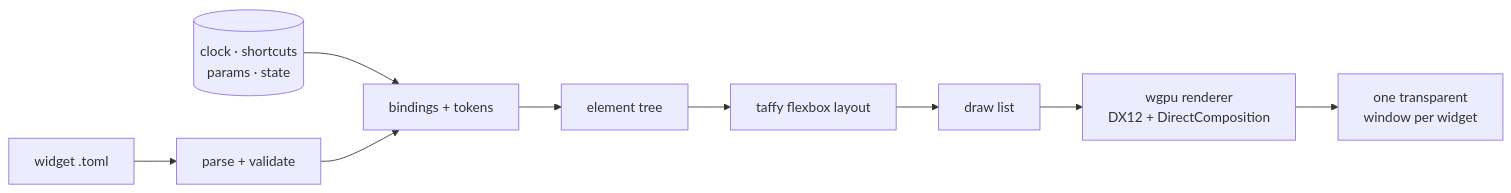
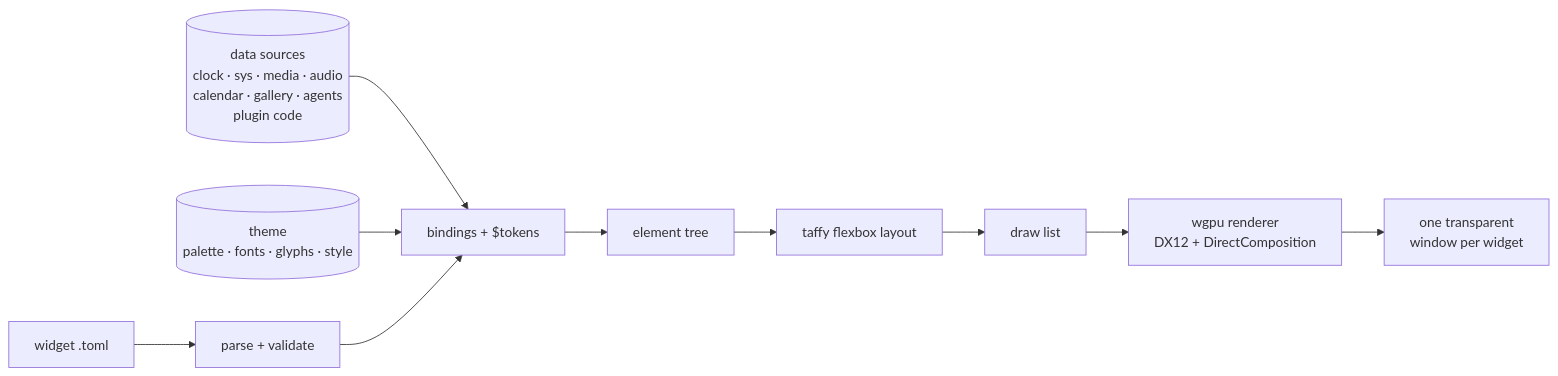
Before and after one commit to mzak-dev/desktopWidgets: the seventh of 8 diagrams in README.md, drawn with Mermaid. The commit also changed other lines of this file and 12 other files, not shown here.

First line of the commit message:
docs: rework the readme with screenshots and diagrams

````diff
--- a/README.md
+++ b/README.md
@@ -295,11 +439,12 @@
 ```mermaid
 flowchart LR
     T["widget .toml"] --> P["parse + validate"]
-    D[("clock · shortcuts<br/>params · state")] --> B["bindings + tokens"]
+    D[("data sources<br/>clock · sys · media · audio<br/>calendar · gallery · agents<br/>plugin code")] --> B["bindings + $tokens"]
+    TH[("theme<br/>palette · fonts · glyphs · style")] --> B
     P --> B
     B --> N["element tree"]
     N --> L["taffy flexbox layout"]
     L --> DL["draw list"]
     DL --> R["wgpu renderer<br/>DX12 + DirectComposition"]
     R --> W["one transparent<br/>window per widget"]
 ```
````
